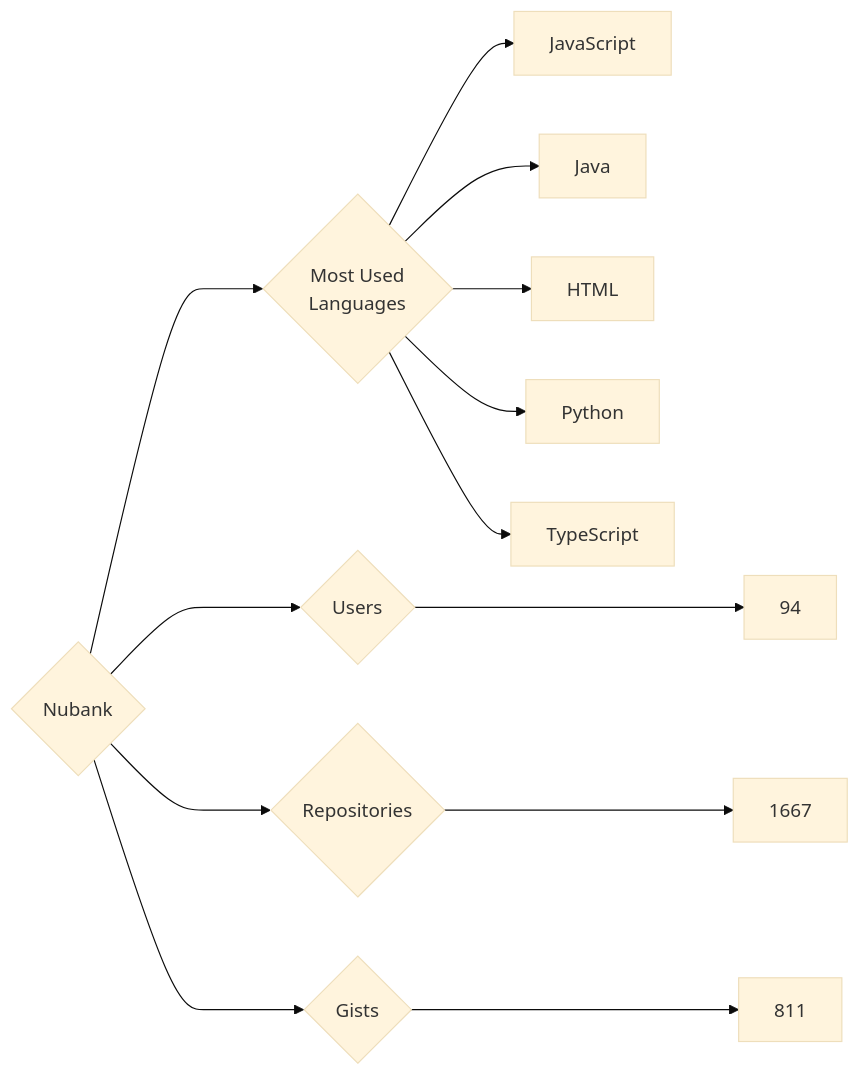
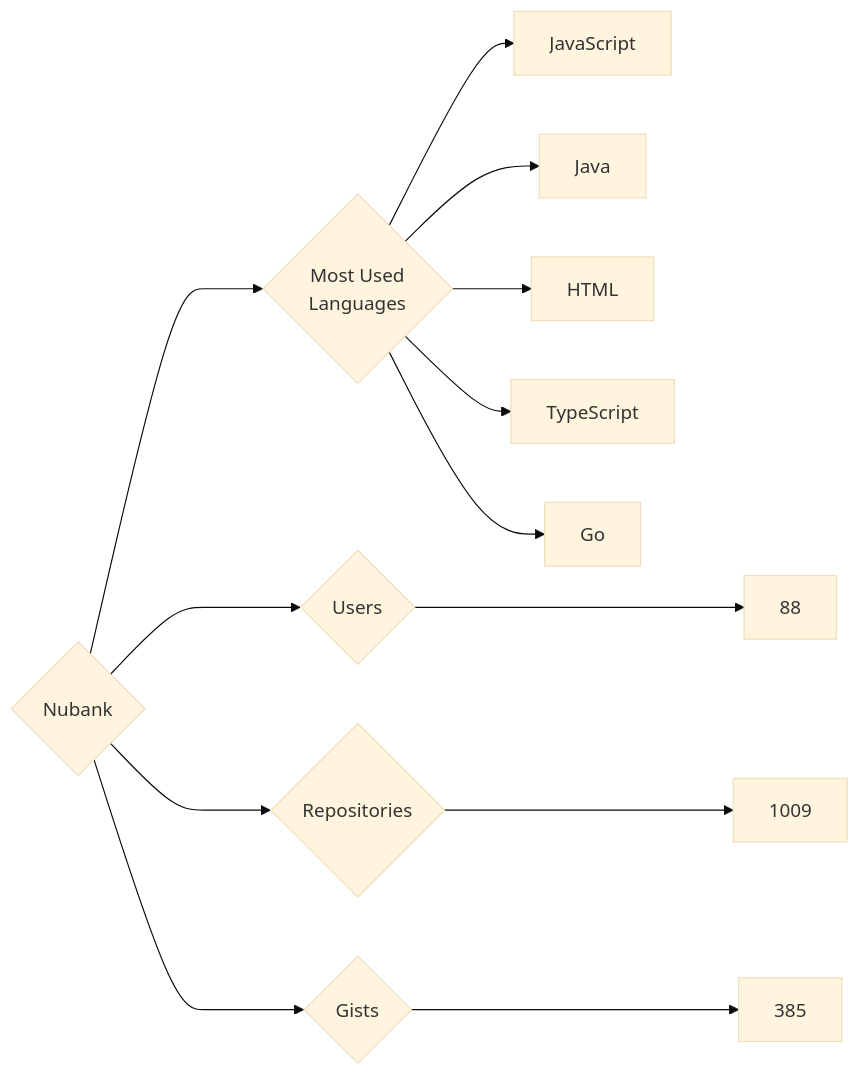
The diagram in targets/Nubank/README.md (trickest/insiders), drawn with Mermaid (base theme) before and after one commit. The commit also changed 597 other files, not shown here.

````diff
--- a/targets/Nubank/README.md
+++ b/targets/Nubank/README.md
@@ -3,13 +3,13 @@
 ```mermaid
 graph LR
 COMPANY_NAME{Nubank}
-COMPANY_NAME ---> U{Users} ---> UN[94]
-COMPANY_NAME ---> R{Repositories} ---> RN[1667]
-COMPANY_NAME ---> G{Gists} ---> GN[811]
+COMPANY_NAME ---> U{Users} ---> UN[88]
+COMPANY_NAME ---> R{Repositories} ---> RN[1009]
+COMPANY_NAME ---> G{Gists} ---> GN[385]
 COMPANY_NAME ---> ML{Most Used<br>Languages}
 ML --> JavaScript[JavaScript]
 ML --> Java[Java]
 ML --> HTML[HTML]
-ML --> Python[Python]
 ML --> TypeScript[TypeScript]
+ML --> Go[Go]
 ```
````
